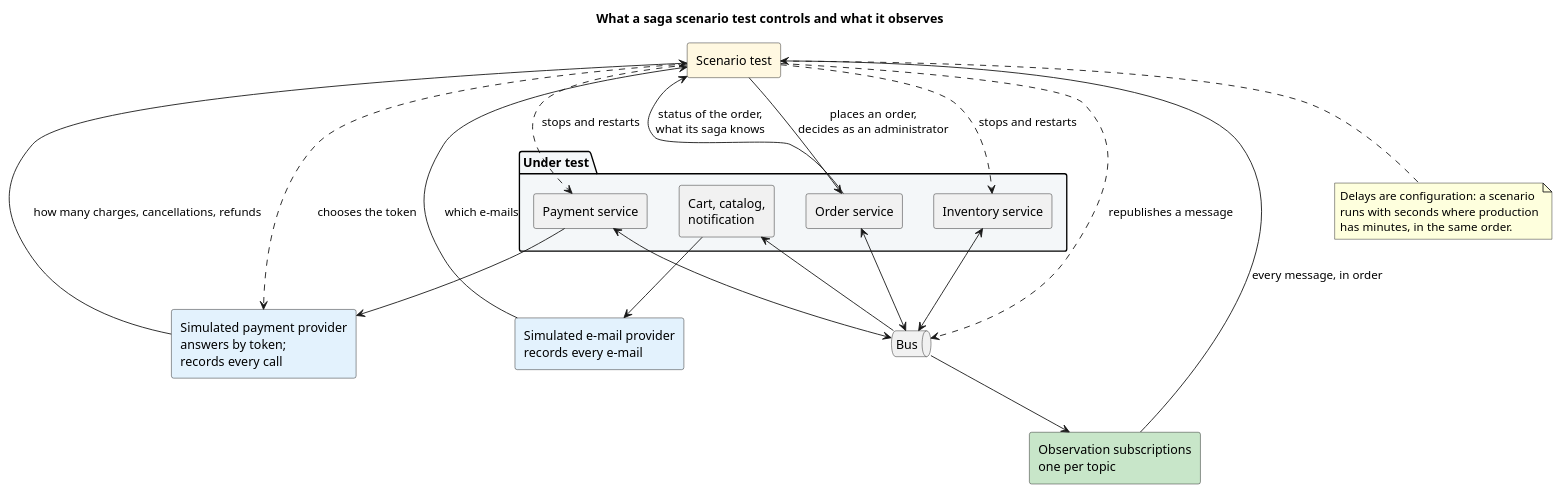
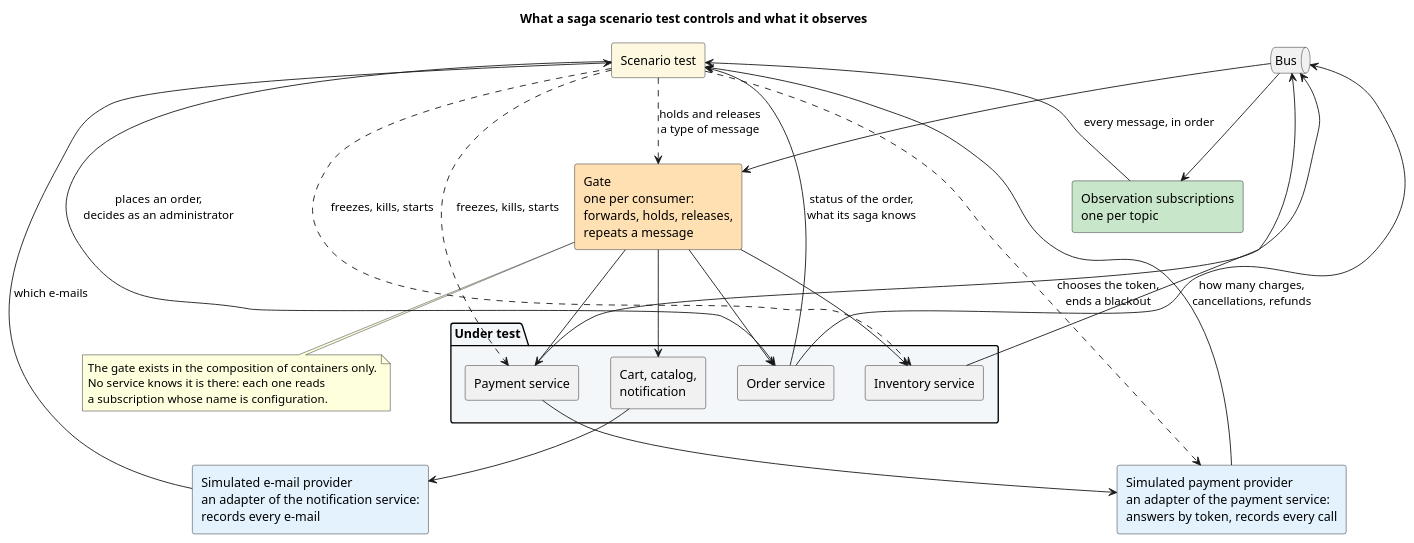
One commit to AxeloLabs/alten-commerce-platform changed the diagram in doc/2-spec/07-quality-testing/diagrams/scenario-harness.puml. Above: the diagram before and after it, drawn with PlantUML. The commit also changed 17 other files, not shown here.

```diff
--- a/doc/2-spec/07-quality-testing/diagrams/scenario-harness.puml
+++ b/doc/2-spec/07-quality-testing/diagrams/scenario-harness.puml
@@ -1,42 +1,47 @@
 @startuml
 title What a saga scenario test controls and what it observes
 
 skinparam componentStyle rectangle
 
 component "Scenario test" as T #FFF8E1
 
 package "Under test" #F4F7F9 {
   component "Order service" as O
   component "Inventory service" as I
   component "Payment service" as P
   component "Cart, catalog,\nnotification" as R
 }
 
-component "Simulated payment provider\nanswers by token;\nrecords every call" as PSP #E3F2FD
-component "Simulated e-mail provider\nrecords every e-mail" as MAIL #E3F2FD
 queue "Bus" as BUS
+component "Gate\none per consumer:\nforwards, holds, releases,\nrepeats a message" as G #FFE0B2
+component "Simulated payment provider\nan adapter of the payment service:\nanswers by token, records every call" as PSP #E3F2FD
+component "Simulated e-mail provider\nan adapter of the notification service:\nrecords every e-mail" as MAIL #E3F2FD
 component "Observation subscriptions\none per topic" as OBS #C8E6C9
 
 T --> O : places an order,\ndecides as an administrator
-T ..> I : stops and restarts
-T ..> P : stops and restarts
-T ..> BUS : republishes a message
-T ..> PSP : chooses the token
-O <--> BUS
-I <--> BUS
-P <--> BUS
-R <-- BUS
+T ..> G : holds and releases\na type of message
+T ..> I : freezes, kills, starts
+T ..> P : freezes, kills, starts
+T ..> PSP : chooses the token,\nends a blackout
+O --> BUS
+I --> BUS
+P --> BUS
+BUS --> G
+G --> O
+G --> I
+G --> P
+G --> R
 P --> PSP
 R --> MAIL
 BUS --> OBS
 T <-- OBS : every message, in order
-T <-- PSP : how many charges, cancellations, refunds
+T <-- PSP : how many charges,\ncancellations, refunds
 T <-- MAIL : which e-mails
 T <-- O : status of the order,\nwhat its saga knows
 
-note bottom of T
-  Delays are configuration: a scenario
-  runs with seconds where production
-  has minutes, in the same order.
+note bottom of G
+  The gate exists in the composition of containers only.
+  No service knows it is there: each one reads
+  a subscription whose name is configuration.
 end note
 @enduml
```
